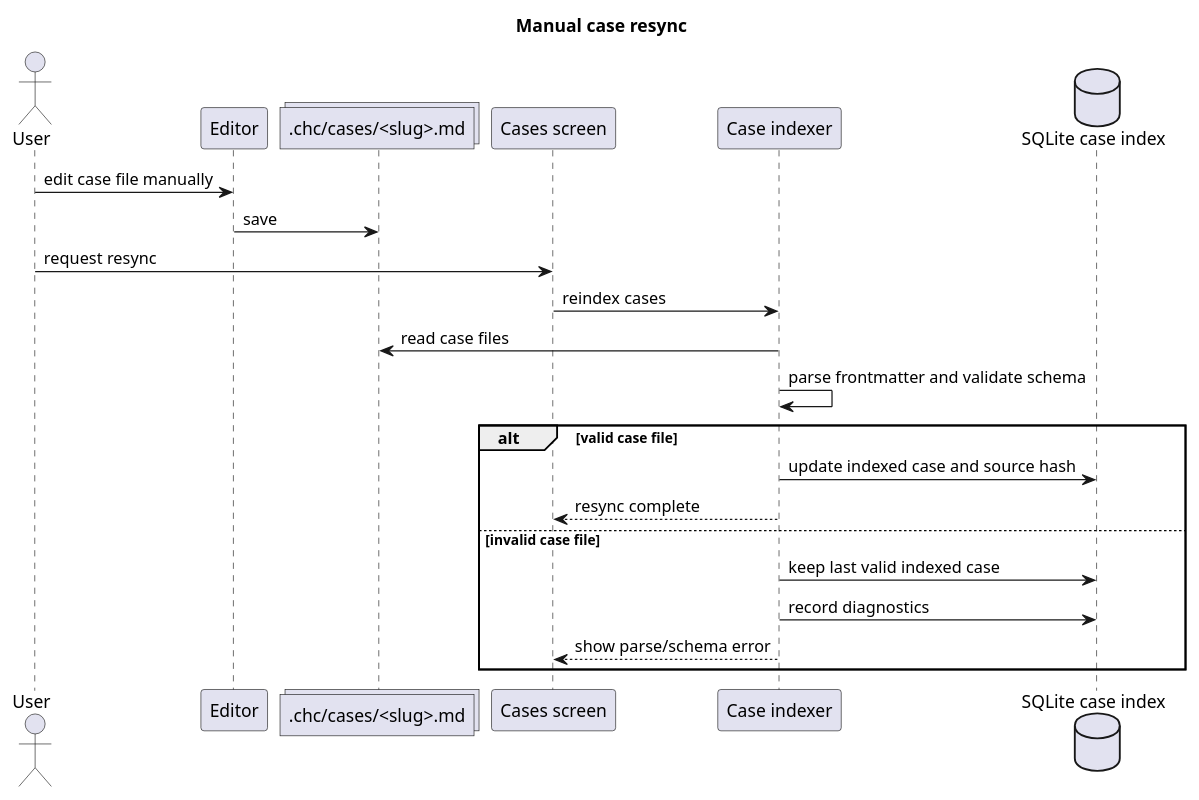
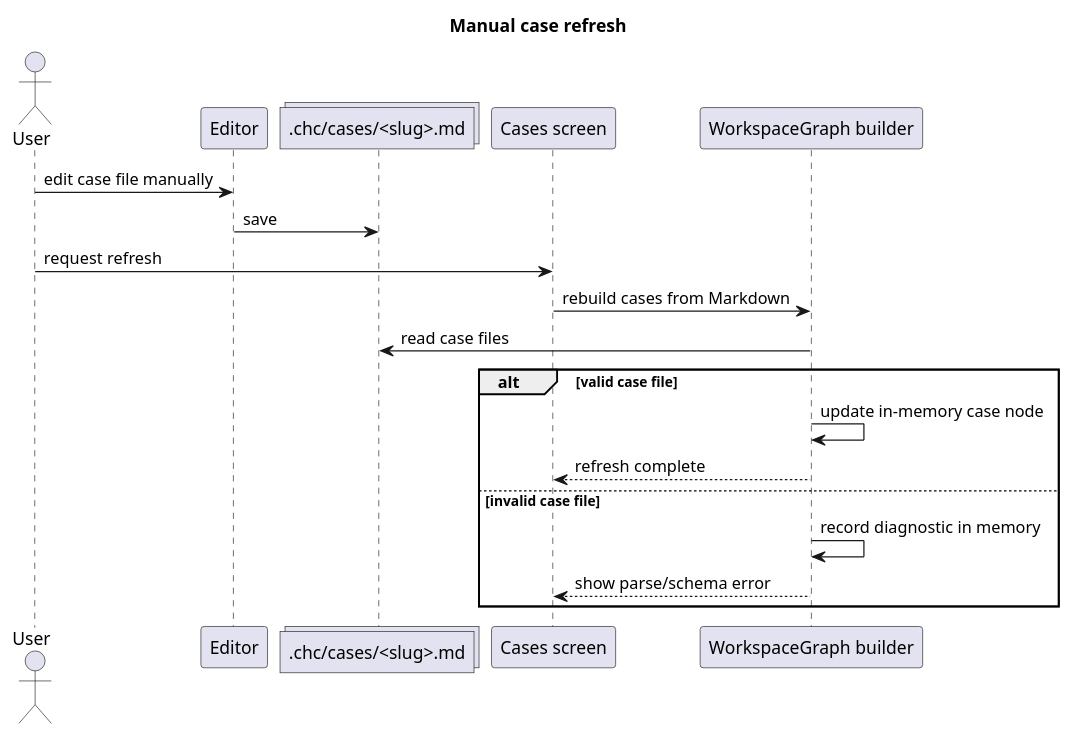
The third of 4 diagrams in .prj/specs/specs/tui-cases-screen.md (adrianpk/chr), drawn with PlantUML before and after one commit. The commit also changed other lines of this file and 2 other files, not shown here.

Commit message:
docs(workspace): define markdown-only project cases contract

````diff
--- a/.prj/specs/specs/tui-cases-screen.md
+++ b/.prj/specs/specs/tui-cases-screen.md
@@ -192,29 +193,26 @@
 ```plantuml
 @startuml
-title Manual case resync
+title Manual case refresh
 
 actor User
 participant Editor
 collections ".chc/cases/<slug>.md" as File
 participant "Cases screen" as UI
-participant "Case indexer" as Indexer
-database "SQLite case index" as DB
+participant "WorkspaceGraph builder" as Graph
 
 User -> Editor: edit case file manually
 Editor -> File: save
-User -> UI: request resync
-UI -> Indexer: reindex cases
-Indexer -> File: read case files
-Indexer -> Indexer: parse frontmatter and validate schema
+User -> UI: request refresh
+UI -> Graph: rebuild cases from Markdown
+Graph -> File: read case files
 
 alt valid case file
-    Indexer -> DB: update indexed case and source hash
-    Indexer --> UI: resync complete
+    Graph -> Graph: update in-memory case node
+    Graph --> UI: refresh complete
 else invalid case file
-    Indexer -> DB: keep last valid indexed case
-    Indexer -> DB: record diagnostics
-    Indexer --> UI: show parse/schema error
+    Graph -> Graph: record diagnostic in memory
+    Graph --> UI: show parse/schema error
 end
 
 @enduml
 ```
````
